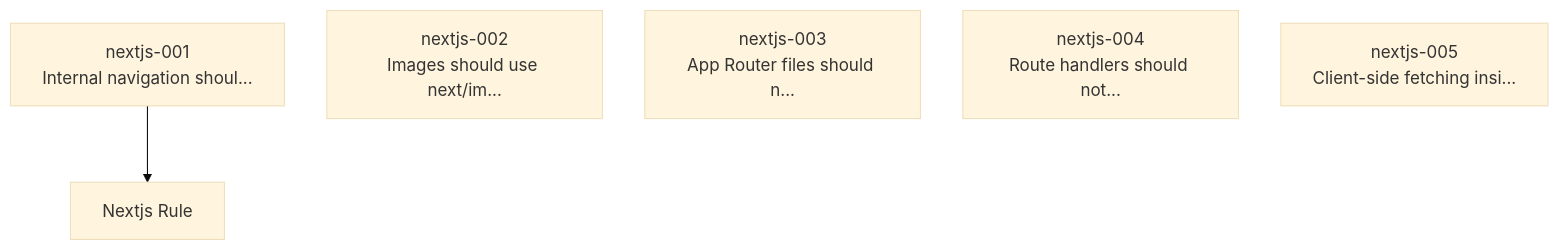
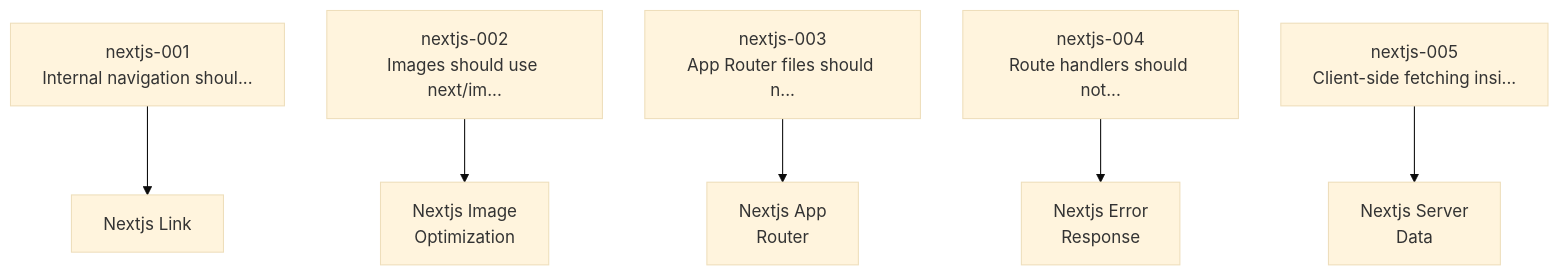
Before and after one commit to Anselmoo/mcp-zen-of-languages: the first of 4 diagrams in docs/user-guide/frameworks/nextjs.md, drawn with Mermaid. The commit also changed other lines of this file and 41 other files, not shown here.

````diff
--- a/docs/user-guide/frameworks/nextjs.md
+++ b/docs/user-guide/frameworks/nextjs.md
@@ -121,11 +140,19 @@
     ```mermaid
     %%{init: {"theme": "base", "flowchart": {"useMaxWidth": false, "htmlLabels": true, "nodeSpacing": 40, "rankSpacing": 60}}}%%
     graph TD
     nextjs_001["nextjs-001<br/>Internal navigation shoul..."]
     nextjs_002["nextjs-002<br/>Images should use next/im..."]
     nextjs_003["nextjs-003<br/>App Router files should n..."]
     nextjs_004["nextjs-004<br/>Route handlers should not..."]
     nextjs_005["nextjs-005<br/>Client-side fetching insi..."]
-    det_NextjsRuleDetector["Nextjs Rule"]
-    nextjs_001 --> det_NextjsRuleDetector
+    det_NextjsAppRouterDetector["Nextjs App<br/>Router"]
+    nextjs_003 --> det_NextjsAppRouterDetector
+    det_NextjsErrorResponseDetector["Nextjs Error<br/>Response"]
+    nextjs_004 --> det_NextjsErrorResponseDetector
+    det_NextjsImageOptimizationDetector["Nextjs Image<br/>Optimization"]
+    nextjs_002 --> det_NextjsImageOptimizationDetector
+    det_NextjsLinkDetector["Nextjs Link"]
+    nextjs_001 --> det_NextjsLinkDetector
+    det_NextjsServerDataDetector["Nextjs Server<br/>Data"]
+    nextjs_005 --> det_NextjsServerDataDetector
     ```
````
